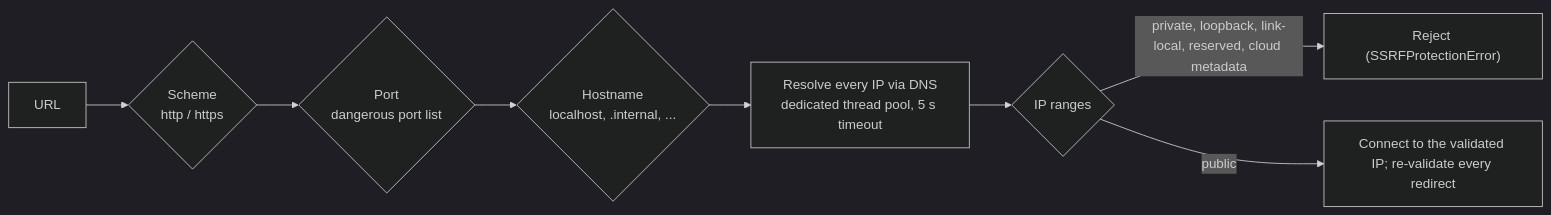
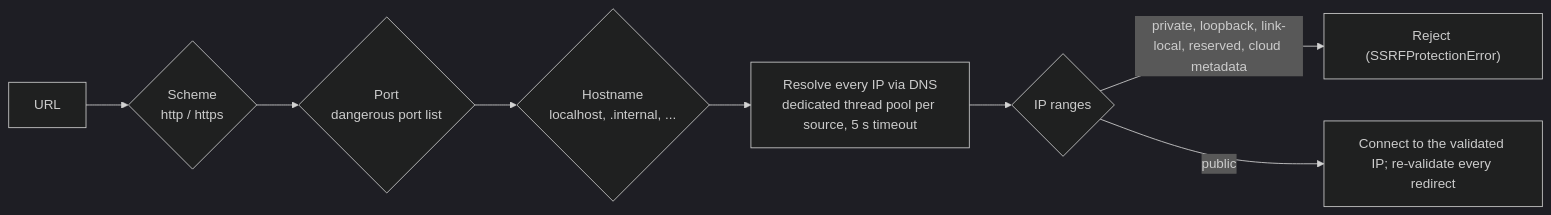
Before and after one commit to Scorpio-meow/AskMiao: the ninth of 9 diagrams in docs/architecture_en.md, drawn with Mermaid (dark theme). The commit also changed other lines of this file and 11 other files, not shown here.

````diff
--- a/docs/architecture_en.md
+++ b/docs/architecture_en.md
@@ -551,10 +562,10 @@
 ```mermaid
 flowchart LR
     Input["URL"] --> Scheme{"Scheme<br/>http / https"}
     Scheme --> Port{"Port<br/>dangerous port list"}
     Port --> Host{"Hostname<br/>localhost, .internal, ..."}
-    Host --> Resolve["Resolve every IP via DNS<br/>dedicated thread pool, 5 s timeout"]
+    Host --> Resolve["Resolve every IP via DNS<br/>dedicated thread pool per source, 5 s timeout"]
     Resolve --> IPCheck{"IP ranges"}
     IPCheck -->|private, loopback, link-local, reserved, cloud metadata| Block["Reject (SSRFProtectionError)"]
     IPCheck -->|public| Allow["Connect to the validated IP; re-validate every redirect"]
 ```
````
